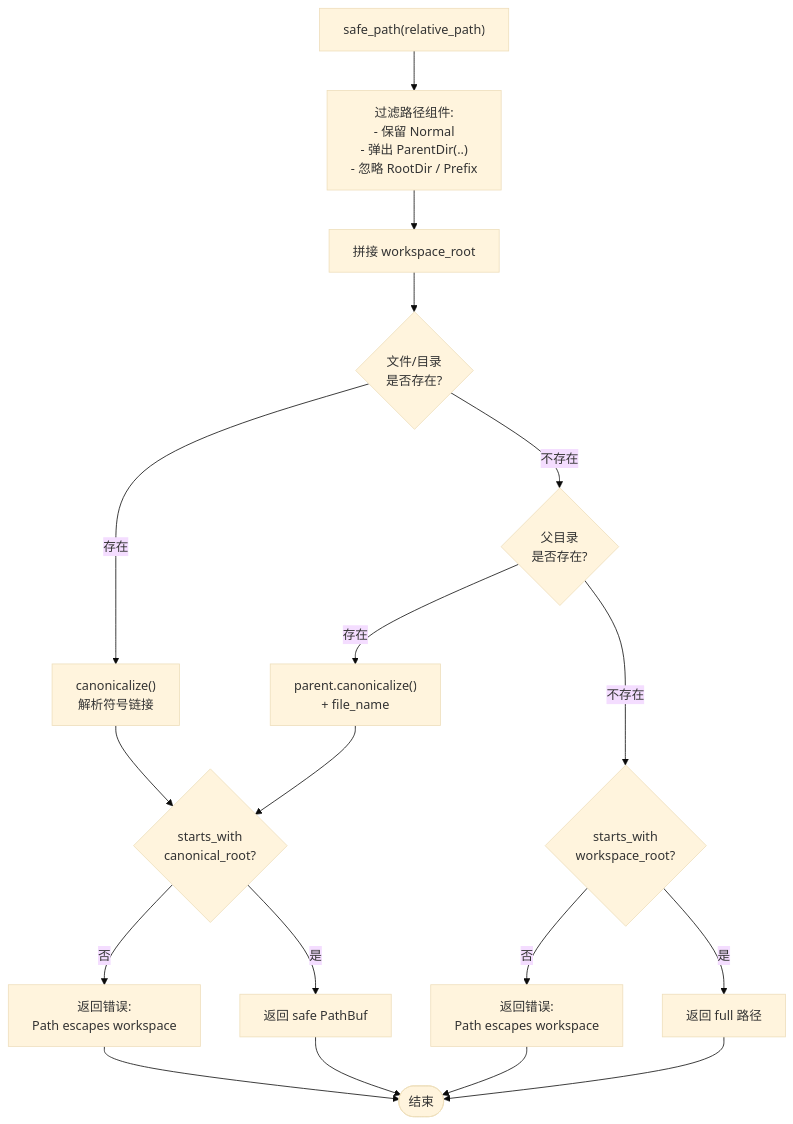
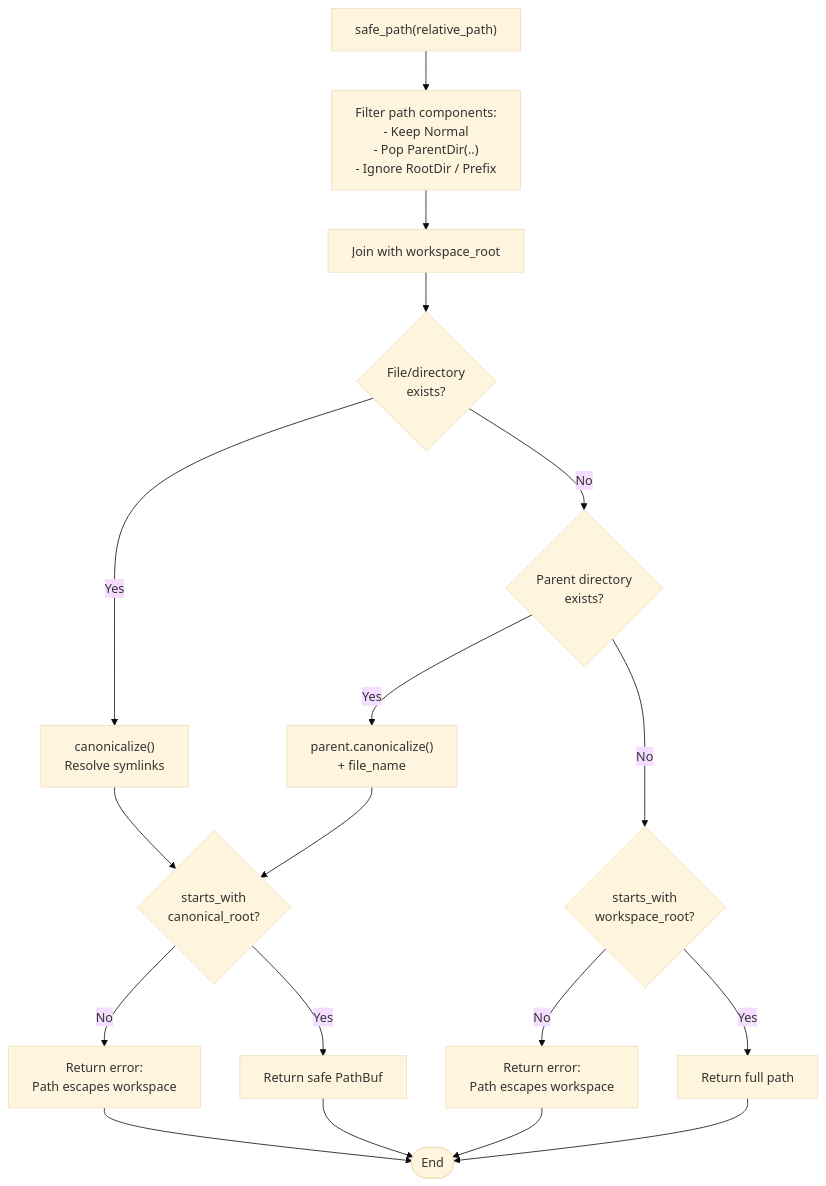
Before and after one commit to Rg0x80/tact: the eighth of 8 diagrams in ARCHITECTURE.md, drawn with Mermaid (base theme). The commit also changed other lines of this file and 50 other files, not shown here.

````diff
--- a/ARCHITECTURE.md
+++ b/ARCHITECTURE.md
@@ -262,26 +262,26 @@
 ```mermaid
 flowchart TD
-    Input["safe_path(relative_path)"] --> Filter["过滤路径组件:<br/>- 保留 Normal<br/>- 弹出 ParentDir(..)<br/>- 忽略 RootDir / Prefix"]
-    Filter --> Join["拼接 workspace_root"]
-    Join --> Exist{"文件/目录<br/>是否存在?"}
+    Input["safe_path(relative_path)"] --> Filter["Filter path components:<br/>- Keep Normal<br/>- Pop ParentDir(..)<br/>- Ignore RootDir / Prefix"]
+    Filter --> Join["Join with workspace_root"]
+    Join --> Exist{"File/directory<br/>exists?"}
 
-    Exist -- "存在" --> Canonical["canonicalize()<br/>解析符号链接"]
-    Exist -- "不存在" --> ParentExist{"父目录<br/>是否存在?"}
+    Exist -- "Yes" --> Canonical["canonicalize()<br/>Resolve symlinks"]
+    Exist -- "No" --> ParentExist{"Parent directory<br/>exists?"}
 
-    ParentExist -- "存在" --> ParentCano["parent.canonicalize()<br/>+ file_name"]
-    ParentExist -- "不存在" --> PrefixCheck{"starts_with<br/>workspace_root?"}
+    ParentExist -- "Yes" --> ParentCano["parent.canonicalize()<br/>+ file_name"]
+    ParentExist -- "No" --> PrefixCheck{"starts_with<br/>workspace_root?"}
 
-    PrefixCheck -- "否" --> Err1["返回错误:<br/>Path escapes workspace"]
-    PrefixCheck -- "是" --> Return1["返回 full 路径"]
+    PrefixCheck -- "No" --> Err1["Return error:<br/>Path escapes workspace"]
+    PrefixCheck -- "Yes" --> Return1["Return full path"]
 
     Canonical --> Check{"starts_with<br/>canonical_root?"}
     ParentCano --> Check
 
-    Check -- "否" --> Err2["返回错误:<br/>Path escapes workspace"]
-    Check -- "是" --> Return2["返回 safe PathBuf"]
+    Check -- "No" --> Err2["Return error:<br/>Path escapes workspace"]
+    Check -- "Yes" --> Return2["Return safe PathBuf"]
 
-    Err1 --> End([结束])
+    Err1 --> End([End])
     Err2 --> End
     Return1 --> End
     Return2 --> End
 ```
````
